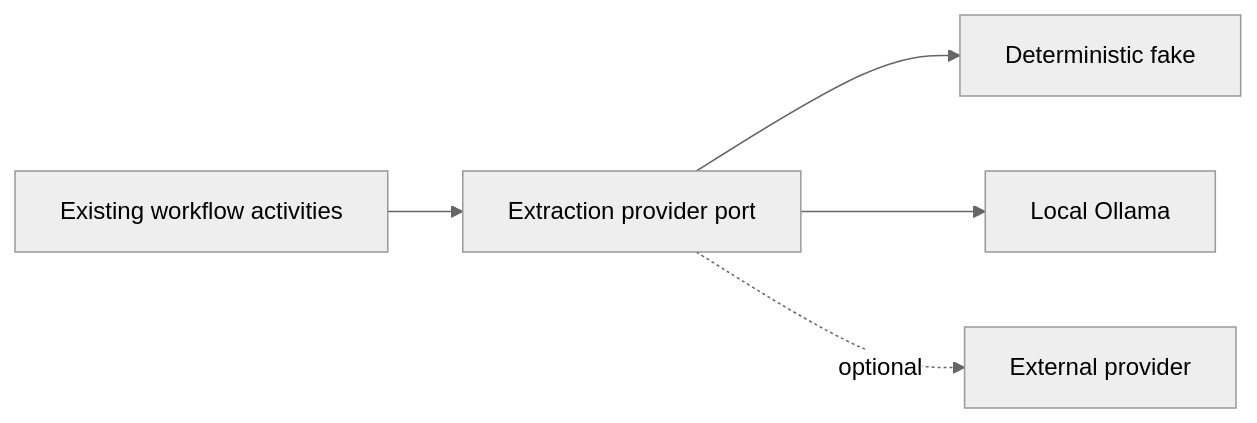
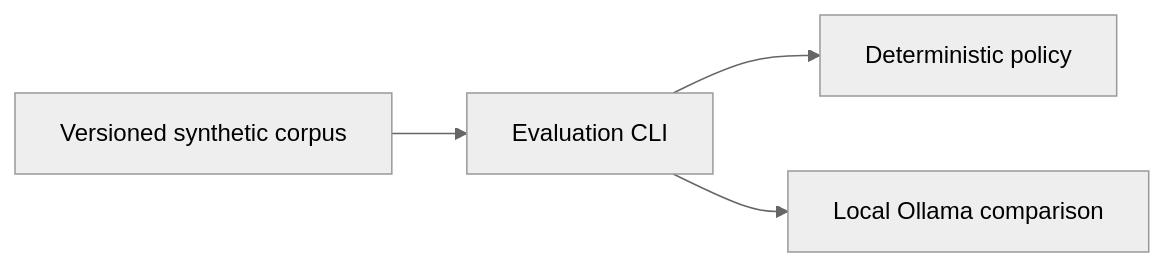
Before and after one commit to PietroRussoD/ai-document-processing-platform: the second of 11 diagrams in docs/architecture.md, drawn with Mermaid (neutral theme). The commit also changed other lines of this file and 1 other file, not shown here.

````diff
--- a/docs/architecture.md
+++ b/docs/architecture.md
@@ -34,7 +35,6 @@
 ```mermaid
 flowchart LR
-    Worker[Existing workflow activities] --> Model[Extraction provider port]
-    Model --> Fake[Deterministic fake]
-    Model --> Ollama[Local Ollama]
-    Model -. optional .-> OpenAI[External provider]
+    Corpus[Versioned synthetic corpus] --> Evaluator[Evaluation CLI]
+    Evaluator --> Baseline[Deterministic policy]
+    Evaluator --> Ollama[Local Ollama comparison]
 ```
````
